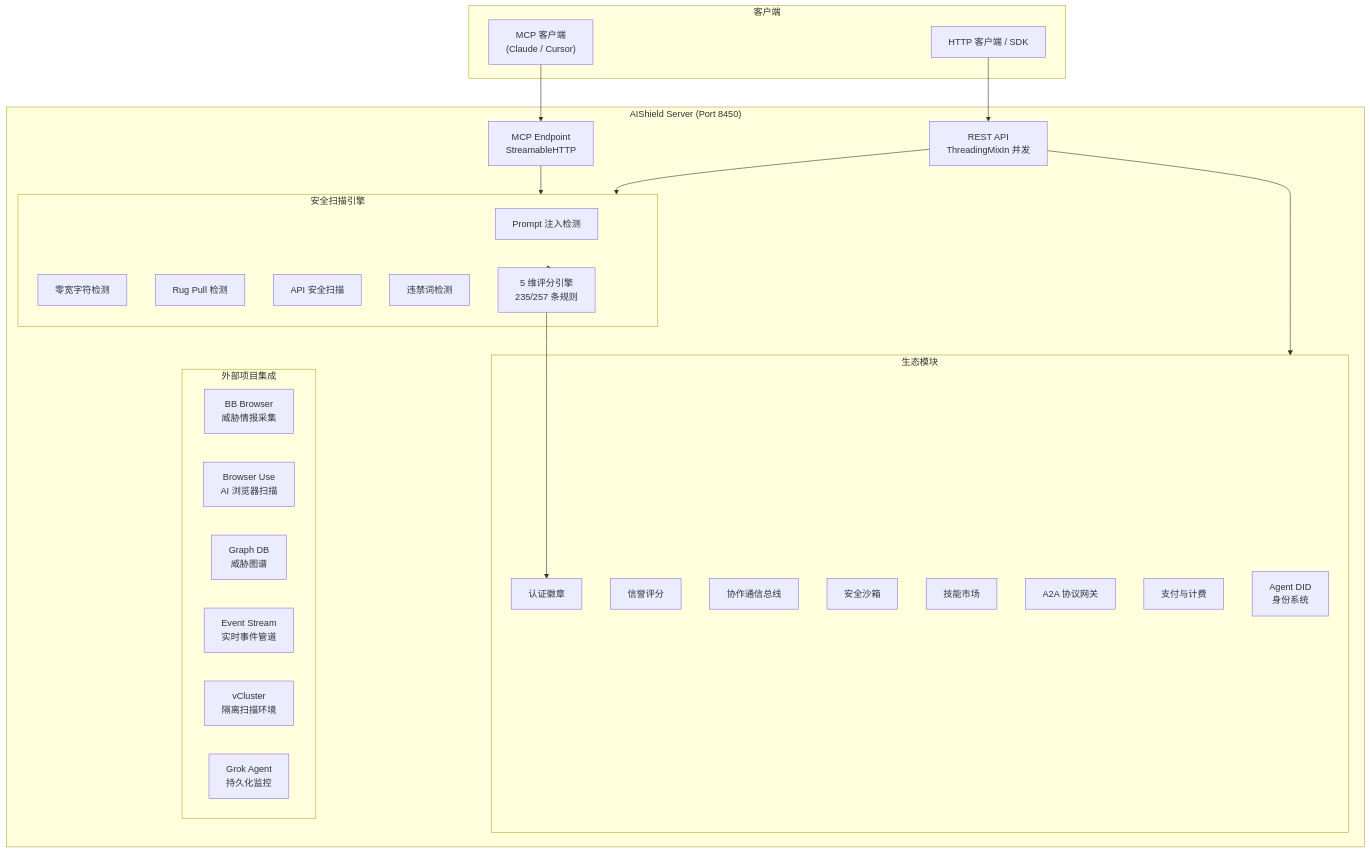
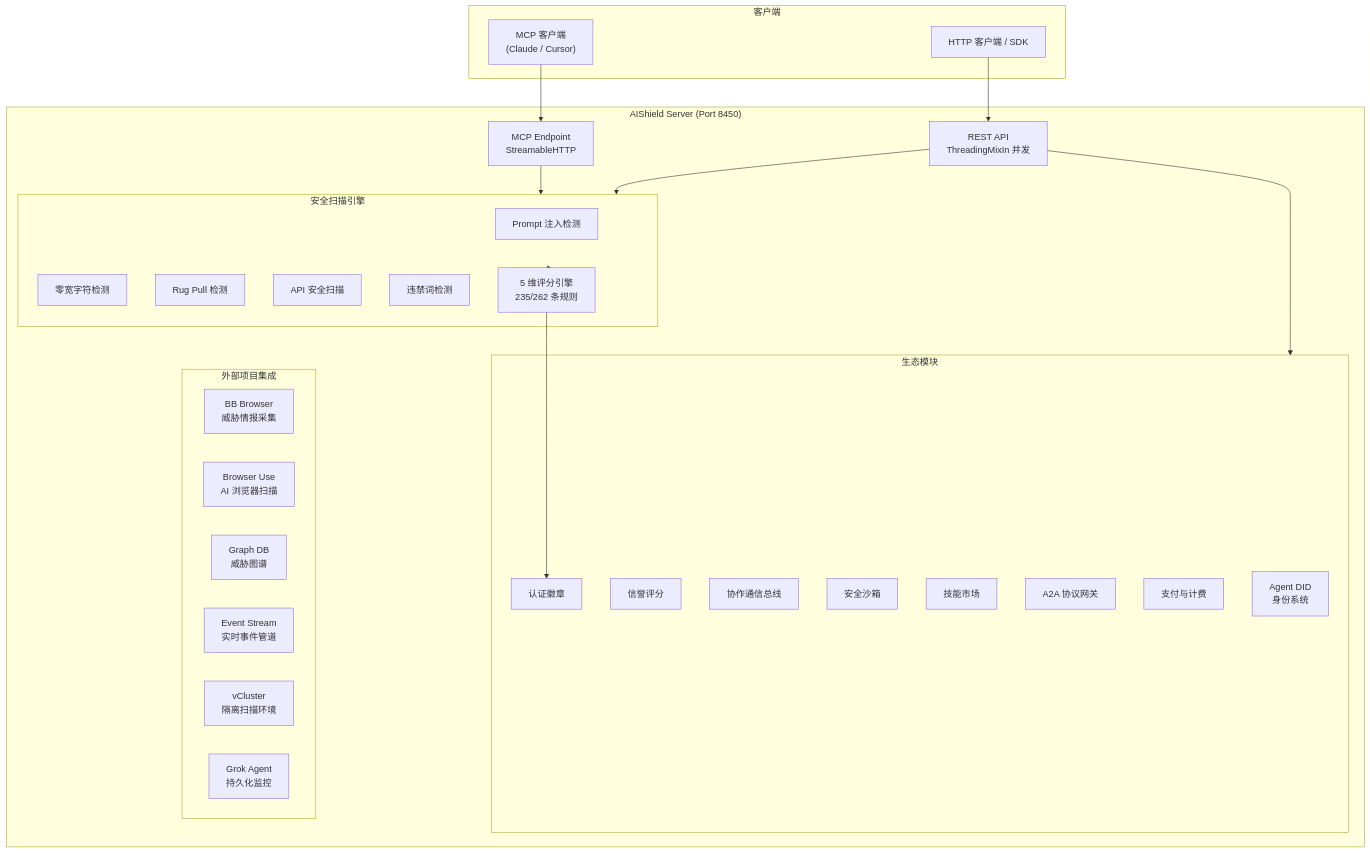
Before and after one commit to actions-marketplace-validations/lm203688_aishield: the diagram in README.md, drawn with Mermaid. The commit also changed other lines of this file and 7 other files, not shown here.

````diff
--- a/README.md
+++ b/README.md
@@ -297,49 +297,49 @@
 ```mermaid
 graph TB
     subgraph Clients["客户端"]
         MCP["MCP 客户端<br/>(Claude / Cursor)"]
         SDK["HTTP 客户端 / SDK"]
     end
 
     subgraph Server["AIShield Server (Port 8450)"]
         API["REST API<br/>ThreadingMixIn 并发"]
         MCPE["MCP Endpoint<br/>StreamableHTTP"]
 
         subgraph Scanner["安全扫描引擎"]
             PE["Prompt 注入检测"]
             MW["零宽字符检测"]
             RP["Rug Pull 检测"]
             AS["API 安全扫描"]
             BW["违禁词检测"]
-            SC["5 维评分引擎<br/>235/257 条规则"]
+            SC["5 维评分引擎<br/>235/262 条规则"]
         end
 
         subgraph Eco["生态模块"]
             ID["Agent DID<br/>身份系统"]
             RP2["信誉评分"]
             CO["协作通信总线"]
             SB["安全沙箱"]
             MK["技能市场"]
             A2A["A2A 协议网关"]
             PAY["支付与计费"]
             BD["认证徽章"]
         end
 
         subgraph Integrations["外部项目集成"]
             BB["BB Browser<br/>威胁情报采集"]
             BU["Browser Use<br/>AI 浏览器扫描"]
             GDB["Graph DB<br/>威胁图谱"]
             ES["Event Stream<br/>实时事件管道"]
             VC["vCluster<br/>隔离扫描环境"]
             GA["Grok Agent<br/>持久化监控"]
         end
     end
 
     MCP --> MCPE
     SDK --> API
     MCPE --> Scanner
     API --> Scanner
     API --> Eco
     Scanner --> SC
     SC --> BD
 ```
````
